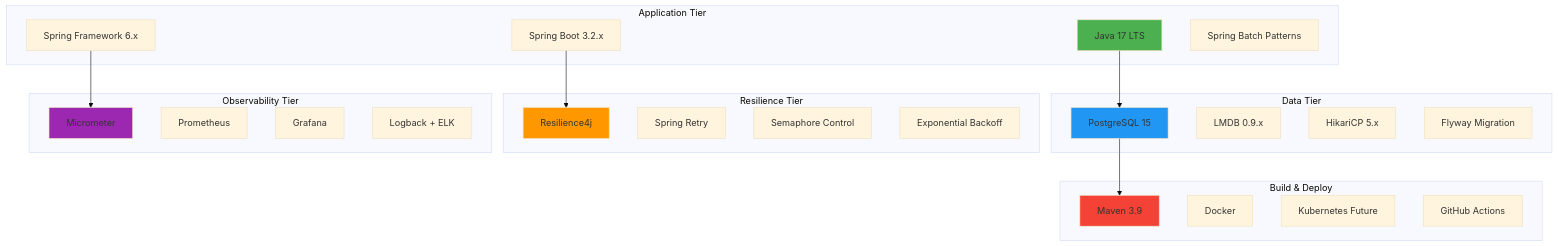
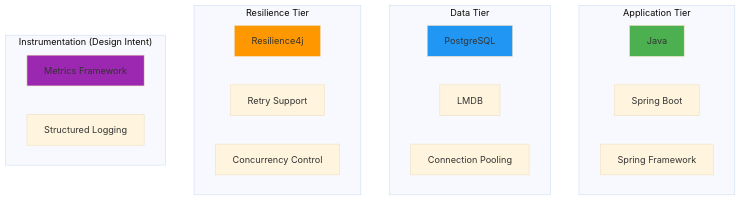
The fifth of 7 diagrams in docs/High Level Designs/ScheduledPotentialMatchesCreation.md (kagit00/schedule_x), drawn with Mermaid (base theme) before and after one commit. The commit also changed other lines of this file and 7 other files, not shown here.

````diff
--- a/docs/High Level Designs/ScheduledPotentialMatchesCreation.md
+++ b/docs/High Level Designs/ScheduledPotentialMatchesCreation.md
@@ -253,48 +244,30 @@
 ```mermaid
 graph TB
     subgraph "Application Tier"
-        A1[Java 17 LTS]
-        A2[Spring Boot 3.2.x]
-        A3[Spring Framework 6.x]
-        A4[Spring Batch Patterns]
+        A1[Java]
+        A2[Spring Boot]
+        A3[Spring Framework]
     end
     
     subgraph "Data Tier"
-        B1[PostgreSQL 15]
-        B2[LMDB 0.9.x]
-        B3[HikariCP 5.x]
-        B4[Flyway Migration]
+        B1[PostgreSQL]
+        B2[LMDB]
+        B3[Connection Pooling]
     end
     
     subgraph "Resilience Tier"
         C1[Resilience4j]
-        C2[Spring Retry]
-        C3[Semaphore Control]
-        C4[Exponential Backoff]
+        C2[Retry Support]
+        C3[Concurrency Control]
     end
     
-    subgraph "Observability Tier"
-        D1[Micrometer]
-        D2[Prometheus]
-        D3[Grafana]
-        D4[Logback + ELK]
+    subgraph "Instrumentation (Design Intent)"
+        D1[Metrics Framework]
+        D2[Structured Logging]
     end
-    
-    subgraph "Build & Deploy"
-        E1[Maven 3.9]
-        E2[Docker]
-        E3[Kubernetes Future]
-        E4[GitHub Actions]
-    end
-    
-    A1 --> B1
-    A2 --> C1
-    A3 --> D1
-    B1 --> E1
     
     style A1 fill:#4CAF50
     style B1 fill:#2196F3
     style C1 fill:#FF9800
     style D1 fill:#9C27B0
-    style E1 fill:#F44336
 ```
````
